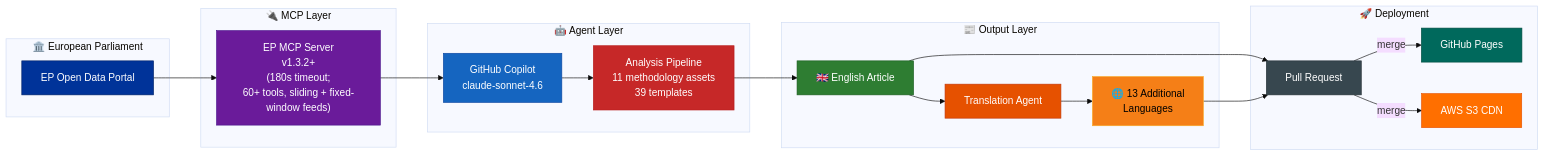
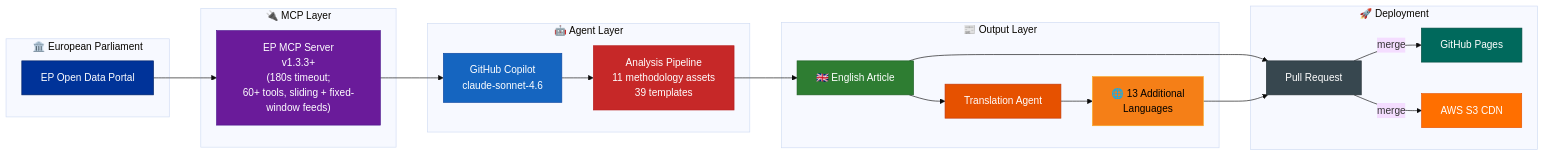
One commit to Hack23/euparliamentmonitor changed diagram 22 of 22 in WORKFLOWS.md. Above: the diagram before and after it, drawn with Mermaid (base theme). The commit also changed other lines of this file and 100 other files, not shown here.

First line of the commit message:
chore: bump european-parliament-mcp-server from 1.3.2 to 1.3.3 across all config, workflows, code, and docs

````diff
--- a/WORKFLOWS.md
+++ b/WORKFLOWS.md
@@ -2155,42 +2155,42 @@
 ```mermaid
 flowchart LR
     subgraph "🏛️ European Parliament"
         EP["EP Open Data Portal"]
     end
 
     subgraph "🔌 MCP Layer"
-        MCP["EP MCP Server<br/>v1.3.2+<br/>(180s timeout;<br/>60+ tools, sliding + fixed-window feeds)"]
+        MCP["EP MCP Server<br/>v1.3.3+<br/>(180s timeout;<br/>60+ tools, sliding + fixed-window feeds)"]
     end
 
     subgraph "🤖 Agent Layer"
         Agent["GitHub Copilot<br/>claude-sonnet-4.6"]
         Analyze["Analysis Pipeline<br/>11 methodology assets<br/>39 templates"]
     end
 
     subgraph "📰 Output Layer"
         EN["🇬🇧 English Article"]
         Translate["Translation Agent"]
         Multi["🌐 13 Additional<br/>Languages"]
     end
 
     subgraph "🚀 Deployment"
         PR["Pull Request"]
         Pages["GitHub Pages"]
         S3["AWS S3 CDN"]
     end
 
     EP --> MCP --> Agent --> Analyze --> EN --> PR
     EN --> Translate --> Multi --> PR
     PR --> |"merge"| Pages & S3
 
     style EP fill:#003399,stroke:#002266,color:#FFFFFF
     style MCP fill:#6A1B9A,stroke:#4A148C,color:#FFFFFF
     style Agent fill:#1565C0,stroke:#0D47A1,color:#FFFFFF
     style Analyze fill:#C62828,stroke:#B71C1C,color:#FFFFFF
     style EN fill:#2E7D32,stroke:#1B5E20,color:#FFFFFF
     style Translate fill:#E65100,stroke:#BF360C,color:#FFFFFF
     style Multi fill:#F57F17,stroke:#F9A825,color:#000000
     style PR fill:#37474F,stroke:#263238,color:#FFFFFF
     style Pages fill:#00695C,stroke:#004D40,color:#FFFFFF
     style S3 fill:#FF6F00,stroke:#E65100,color:#FFFFFF
 ```
````
